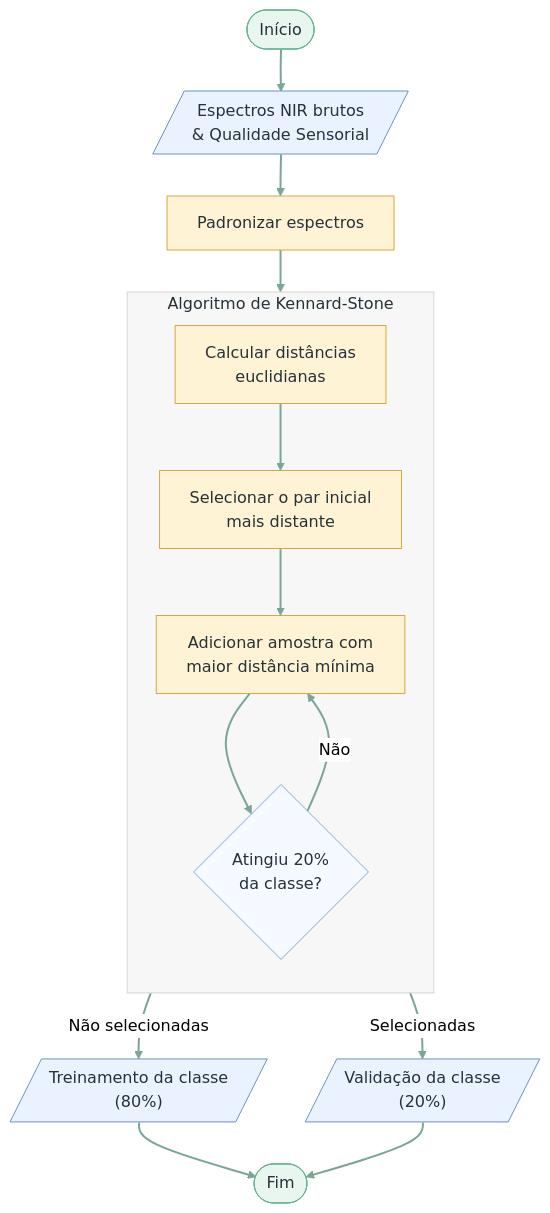
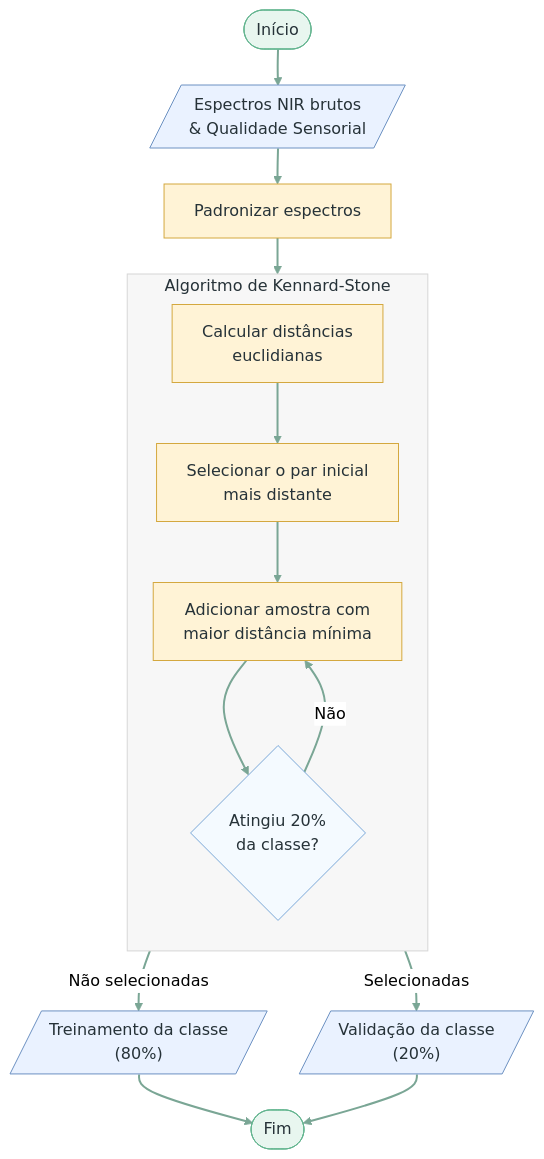
One commit to A-malta/coffee-nir-quality changed the diagram in docs/01_divisao_dados.md. Above: the diagram before and after it, drawn with Mermaid. The commit also changed 4 other files, not shown here.

Commit message:
docs: embed figures and compact flowcharts

````diff
--- a/docs/01_divisao_dados.md
+++ b/docs/01_divisao_dados.md
@@ -1,46 +1,46 @@
 ```mermaid
 ---
 config:
   theme: neutral
   look: classic
   flowchart:
     curve: basis
-    nodeSpacing: 38
-    rankSpacing: 42
+    nodeSpacing: 32
+    rankSpacing: 36
 ---
 flowchart TB
     A([Início]) --> B[/Espectros NIR brutos<br/>&amp; Qualidade Sensorial/]
     B --> C[Padronizar espectros]
 
     subgraph KS["Algoritmo de Kennard-Stone"]
         direction TB
         D[Calcular distâncias<br/>euclidianas]
         E[Selecionar o par inicial<br/>mais distante]
         F[Adicionar amostra com<br/>maior distância mínima]
         G{Atingiu 20%<br/>da classe?}
 
         D --> E
         E --> F
         F --> G
         G -- Não --> F
     end
 
     C --> D
     G -- "Não selecionadas" --> H[/"Treinamento da classe<br/>(80%)"/]
     G -- Selecionadas --> I[/"Validação da classe<br/>(20%)"/]
     H --> J([Fim])
     I --> J
 
     classDef terminador fill:#E8F6EF,stroke:#62B58F,color:#263238
     classDef dados fill:#EAF2FF,stroke:#6C91C2,color:#263238
     classDef processo fill:#FFF3D6,stroke:#D4A83F,color:#263238
     classDef decisao fill:#F4FAFF,stroke:#7BA8D8,color:#263238
 
     class A,J terminador
     class B,H,I dados
     class C,D,E,F processo
     class G decisao
 
     style KS fill:#F7F7F7,stroke:#D6D6D6,color:#263238
     linkStyle default stroke:#7AA695,stroke-width:2px
 ```
````
